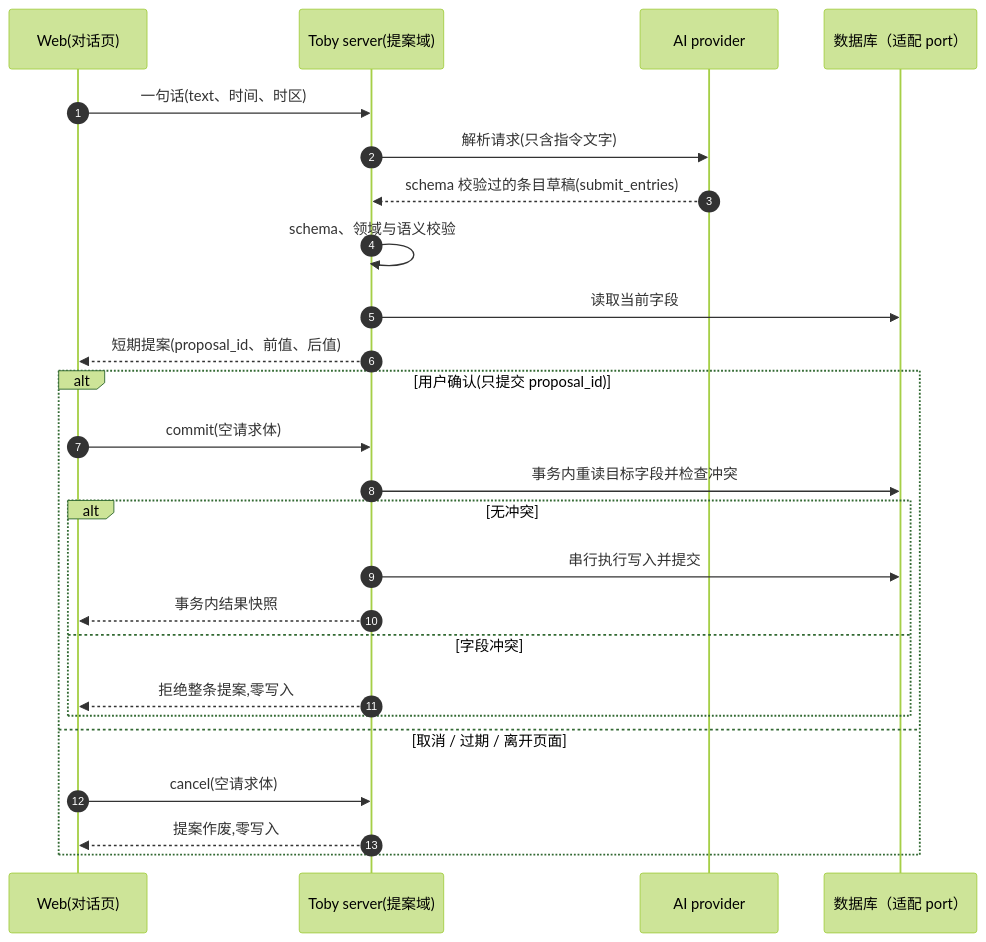
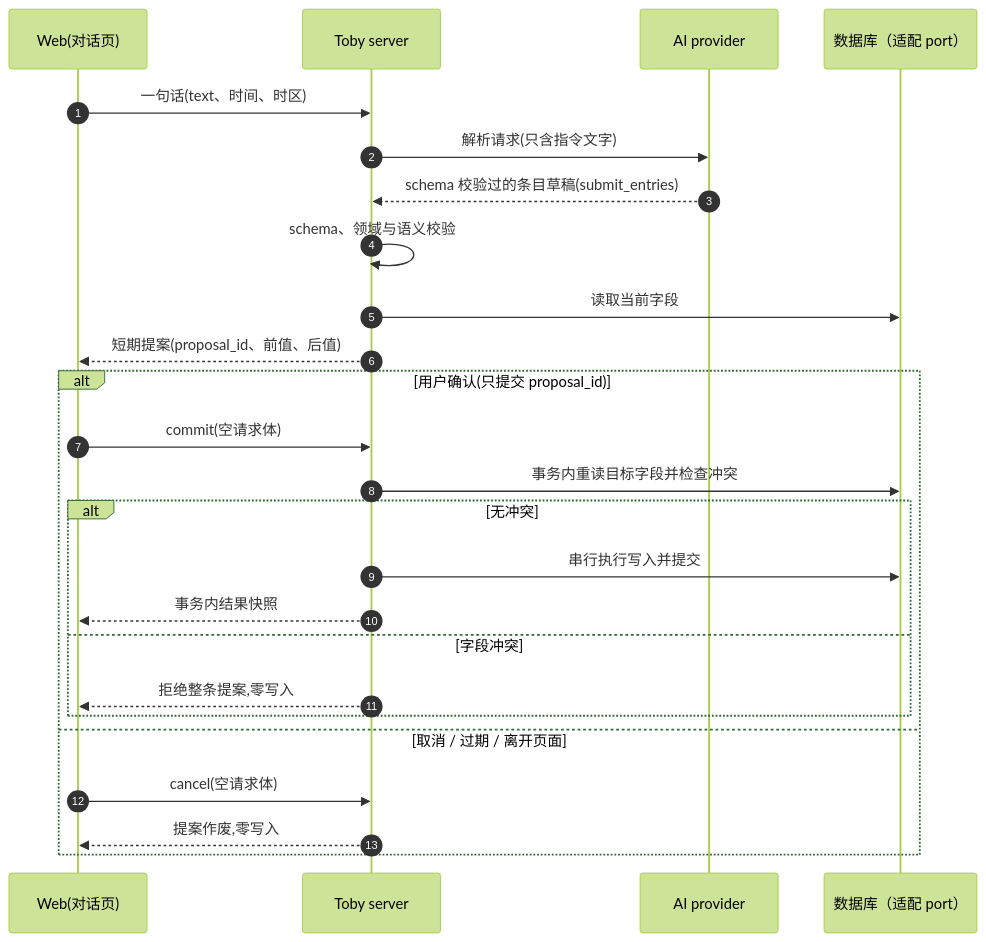
One commit to dengyusys/toby changed the second of 3 diagrams in docs/system-overview.zh.md. Above: the diagram before and after it, drawn with Mermaid (forest theme). The commit also changed other lines of this file and 12 other files, not shown here.

````diff
--- a/docs/system-overview.zh.md
+++ b/docs/system-overview.zh.md
@@ -71,29 +71,29 @@
 ```mermaid
 sequenceDiagram
     autonumber
     participant W as Web(对话页)
-    participant S as Toby server(提案域)
+    participant S as Toby server
     participant A as AI provider
     participant D as 数据库（适配 port）
 
     W->>S: 一句话(text、时间、时区)
     S->>A: 解析请求(只含指令文字)
     A-->>S: schema 校验过的条目草稿(submit_entries)
     S->>S: schema、领域与语义校验
     S->>D: 读取当前字段
     S-->>W: 短期提案(proposal_id、前值、后值)
 
     alt 用户确认(只提交 proposal_id)
         W->>S: commit(空请求体)
         S->>D: 事务内重读目标字段并检查冲突
         alt 无冲突
             S->>D: 串行执行写入并提交
             S-->>W: 事务内结果快照
         else 字段冲突
             S-->>W: 拒绝整条提案,零写入
         end
     else 取消 / 过期 / 离开页面
         W->>S: cancel(空请求体)
         S-->>W: 提案作废,零写入
     end
 ```
````
